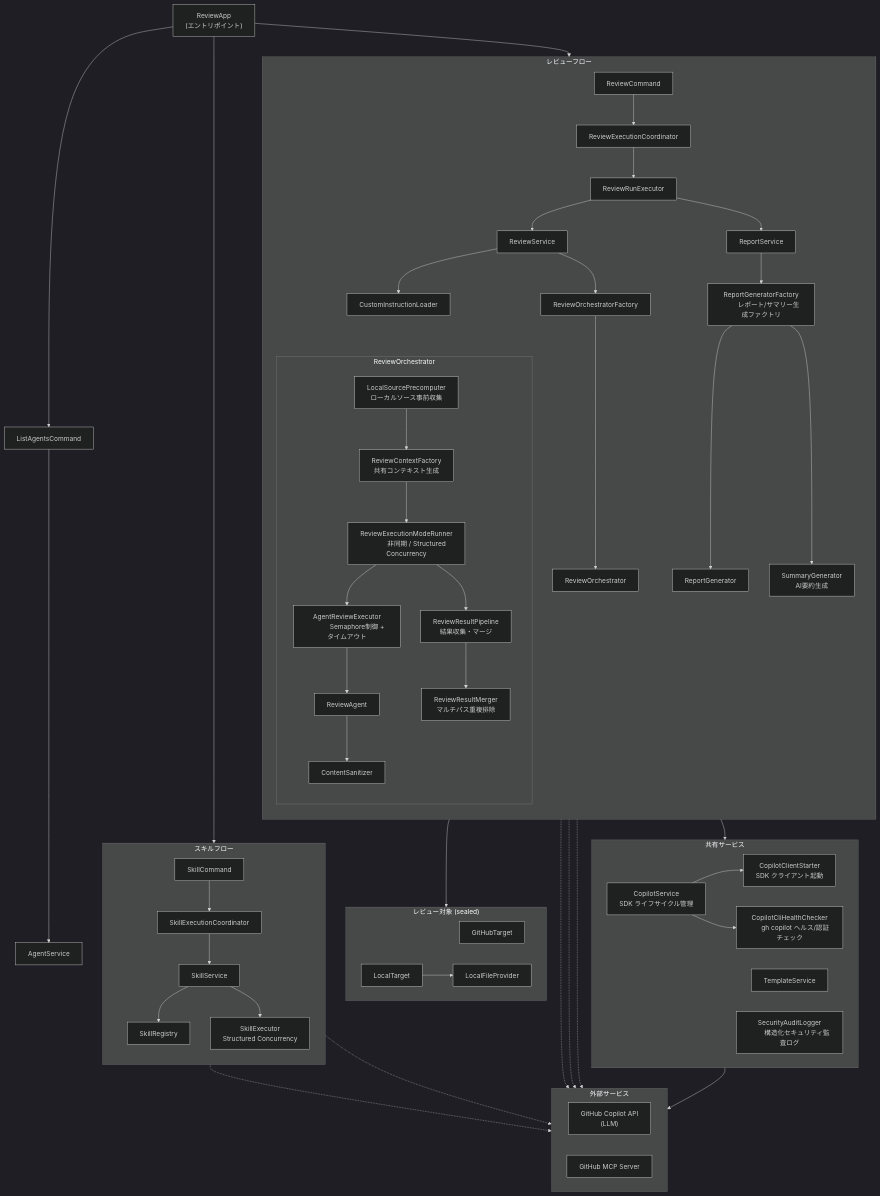
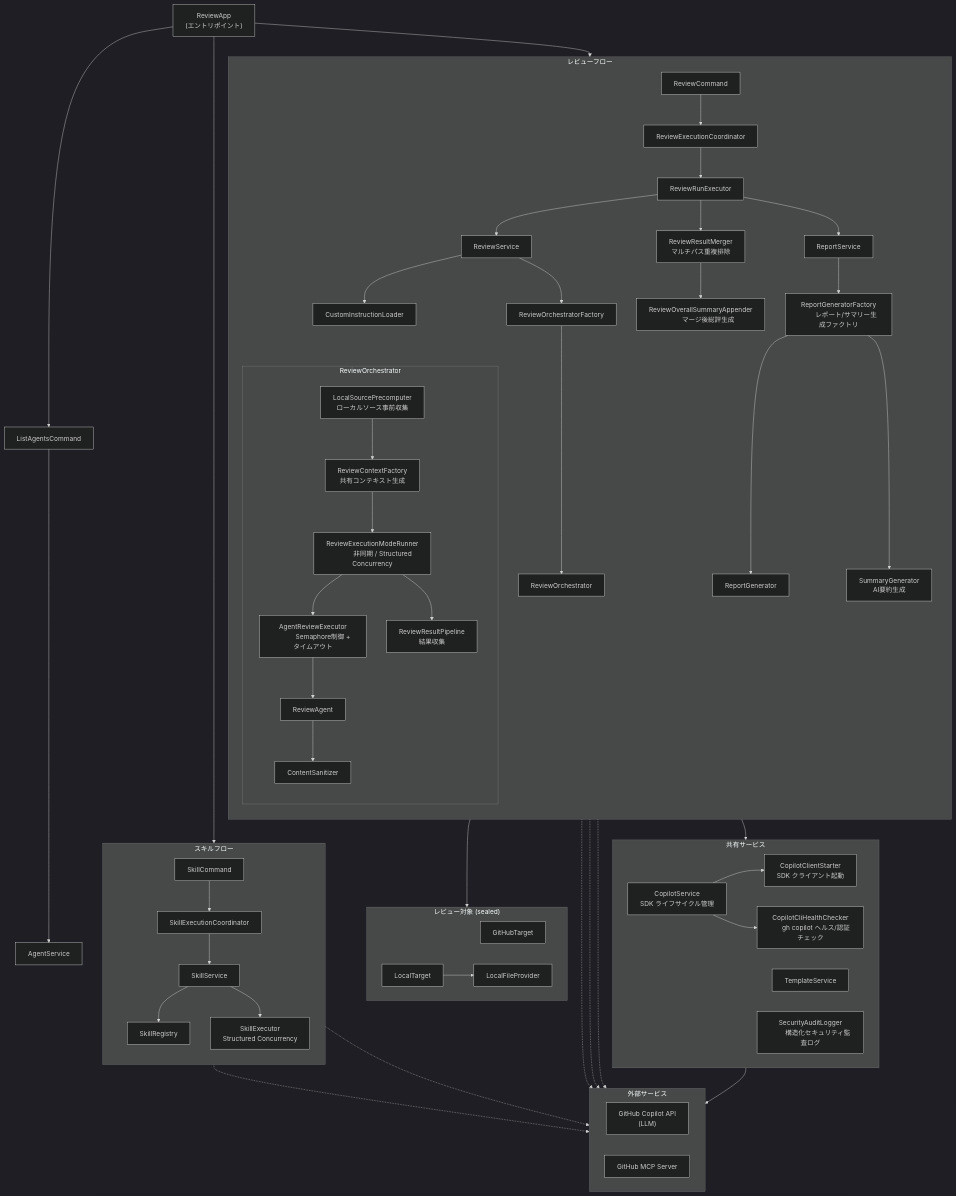
One commit to anishi1222/multi-agent-code-reviewer-v2 changed the diagram in README_ja.md. Above: the diagram before and after it, drawn with Mermaid (dark theme). The commit also changed other lines of this file and 3 other files, not shown here.

```diff
--- a/README_ja.md
+++ b/README_ja.md
@@ -780,7 +781,7 @@
             AgentReviewExecutor["AgentReviewExecutor
             Semaphore制御 + タイムアウト"]
             ReviewResultPipeline["ReviewResultPipeline
-            結果収集・マージ"]
+            結果収集"]
 
             LocalSourcePrecomputer --> ReviewContextFactory
             ReviewContextFactory --> ReviewExecutionModeRunner
@@ -788,10 +789,12 @@
             AgentReviewExecutor --> ReviewAgent
             ReviewAgent --> ContentSanitizer
             ReviewExecutionModeRunner --> ReviewResultPipeline
-            ReviewResultPipeline --> ReviewResultMerger["ReviewResultMerger
-            マルチパス重複排除"]
         end
 
+        ReviewRunExecutor --> ReviewResultMerger["ReviewResultMerger
+        マルチパス重複排除"]
+        ReviewResultMerger --> ReviewOverallSummaryAppender["ReviewOverallSummaryAppender
+        マージ後総評生成"]
         ReviewRunExecutor --> ReportService
         ReportService --> ReportGeneratorFactory["ReportGeneratorFactory
         レポート/サマリー生成ファクトリ"]
```
